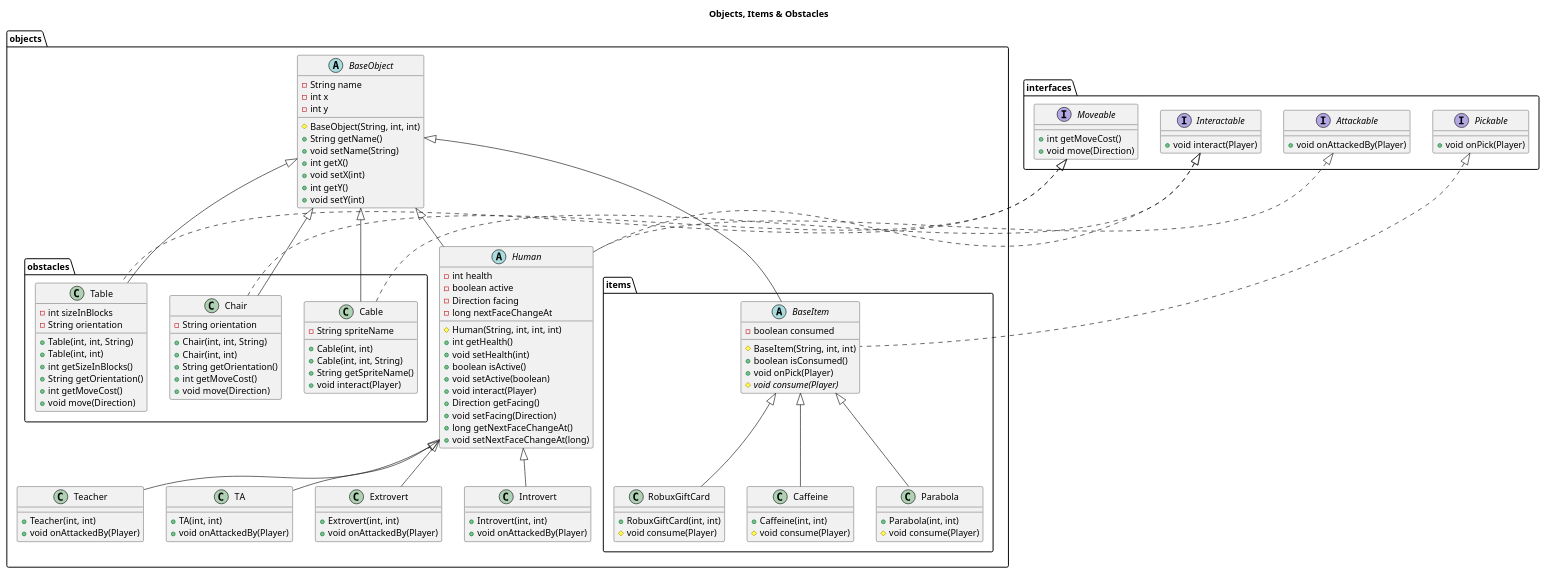
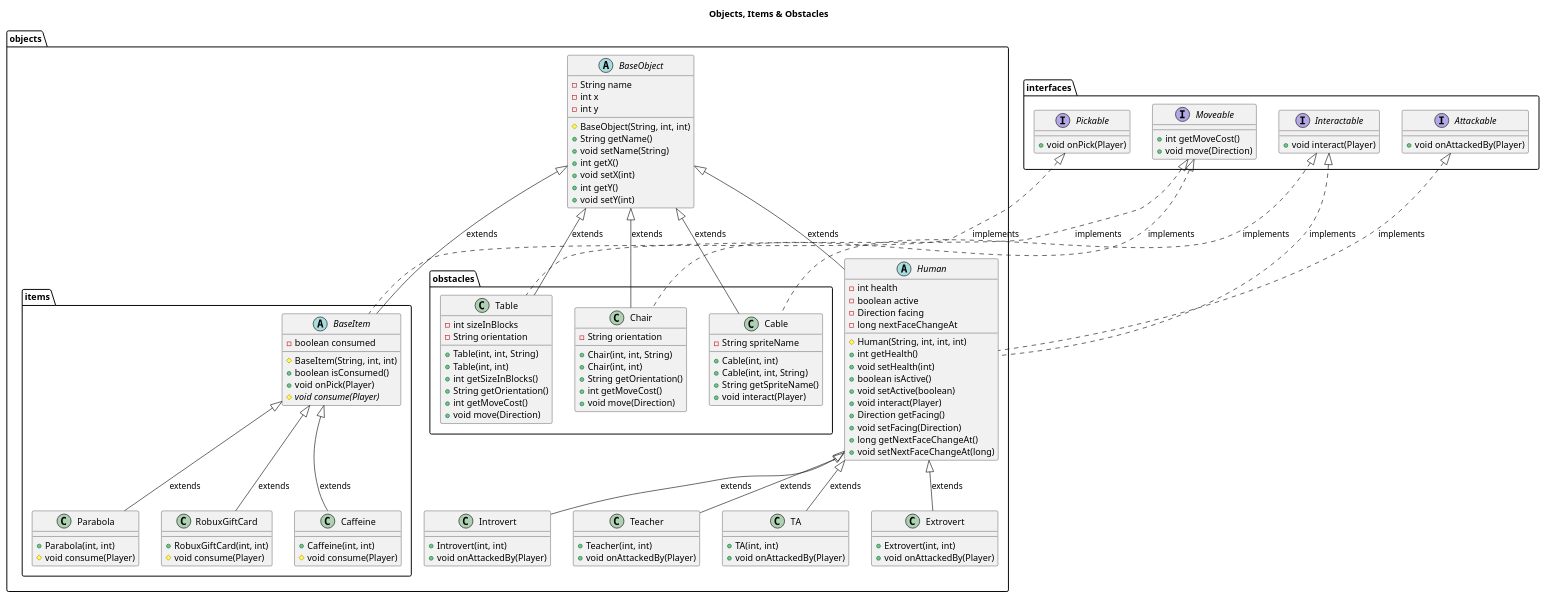
The diagram in UML_2_Objects.puml (Pitichod/ProgMeth-Project), drawn with PlantUML before and after one commit. The commit also changed 3 other files, not shown here.

Commit message:
Improve UML diagrams: add composition/aggregation, multiplicities, and role labels

```diff
--- a/UML_2_Objects.puml
+++ b/UML_2_Objects.puml
@@ -1,154 +1,154 @@
 @startuml UML_2_Objects
 title Objects, Items & Obstacles
 
 package objects {
     abstract class BaseObject {
         - String name
         - int x
         - int y
         # BaseObject(String, int, int)
         + String getName()
         + void setName(String)
         + int getX()
         + void setX(int)
         + int getY()
         + void setY(int)
     }
 
     abstract class Human {
         - int health
         - boolean active
         - Direction facing
         - long nextFaceChangeAt
         # Human(String, int, int, int)
         + int getHealth()
         + void setHealth(int)
         + boolean isActive()
         + void setActive(boolean)
         + void interact(Player)
         + Direction getFacing()
         + void setFacing(Direction)
         + long getNextFaceChangeAt()
         + void setNextFaceChangeAt(long)
     }
 
     class Teacher {
         + Teacher(int, int)
         + void onAttackedBy(Player)
     }
 
     class TA {
         + TA(int, int)
         + void onAttackedBy(Player)
     }
 
     class Extrovert {
         + Extrovert(int, int)
         + void onAttackedBy(Player)
     }
 
     class Introvert {
         + Introvert(int, int)
         + void onAttackedBy(Player)
     }
 }
 
 package objects.items {
     abstract class BaseItem {
         - boolean consumed
         # BaseItem(String, int, int)
         + boolean isConsumed()
         + void onPick(Player)
         # {abstract} void consume(Player)
     }
 
     class Caffeine {
         + Caffeine(int, int)
         # void consume(Player)
     }
 
     class Parabola {
         + Parabola(int, int)
         # void consume(Player)
     }
 
     class RobuxGiftCard {
         + RobuxGiftCard(int, int)
         # void consume(Player)
     }
 }
 
 package objects.obstacles {
     class Chair {
         - String orientation
         + Chair(int, int, String)
         + Chair(int, int)
         + String getOrientation()
         + int getMoveCost()
         + void move(Direction)
     }
 
     class Table {
         - int sizeInBlocks
         - String orientation
         + Table(int, int, String)
         + Table(int, int)
         + int getSizeInBlocks()
         + String getOrientation()
         + int getMoveCost()
         + void move(Direction)
     }
 
     class Cable {
         - String spriteName
         + Cable(int, int)
         + Cable(int, int, String)
         + String getSpriteName()
         + void interact(Player)
     }
 }
 
 package interfaces {
     interface Pickable {
         + void onPick(Player)
     }
 
     interface Attackable {
         + void onAttackedBy(Player)
     }
 
     interface Moveable {
         + int getMoveCost()
         + void move(Direction)
     }
 
     interface Interactable {
         + void interact(Player)
     }
 }
 
 ' Inheritance
-BaseObject <|-- Human
-BaseObject <|-- BaseItem
-BaseObject <|-- Chair
-BaseObject <|-- Table
-BaseObject <|-- Cable
+BaseObject <|-- Human : extends
+BaseObject <|-- BaseItem : extends
+BaseObject <|-- Chair : extends
+BaseObject <|-- Table : extends
+BaseObject <|-- Cable : extends
 
-Human <|-- Teacher
-Human <|-- TA
-Human <|-- Extrovert
-Human <|-- Introvert
+Human <|-- Teacher : extends
+Human <|-- TA : extends
+Human <|-- Extrovert : extends
+Human <|-- Introvert : extends
 
-BaseItem <|-- Caffeine
-BaseItem <|-- Parabola
-BaseItem <|-- RobuxGiftCard
+BaseItem <|-- Caffeine : extends
+BaseItem <|-- Parabola : extends
+BaseItem <|-- RobuxGiftCard : extends
 
 ' Interface implementations
-Interactable <|.. Human
-Attackable <|.. Human
-Pickable <|.. BaseItem
-Moveable <|.. Chair
-Moveable <|.. Table
-Interactable <|.. Cable
+Interactable <|.. Human : implements
+Attackable <|.. Human : implements
+Pickable <|.. BaseItem : implements
+Moveable <|.. Chair : implements
+Moveable <|.. Table : implements
+Interactable <|.. Cable : implements
 
 @enduml
```
